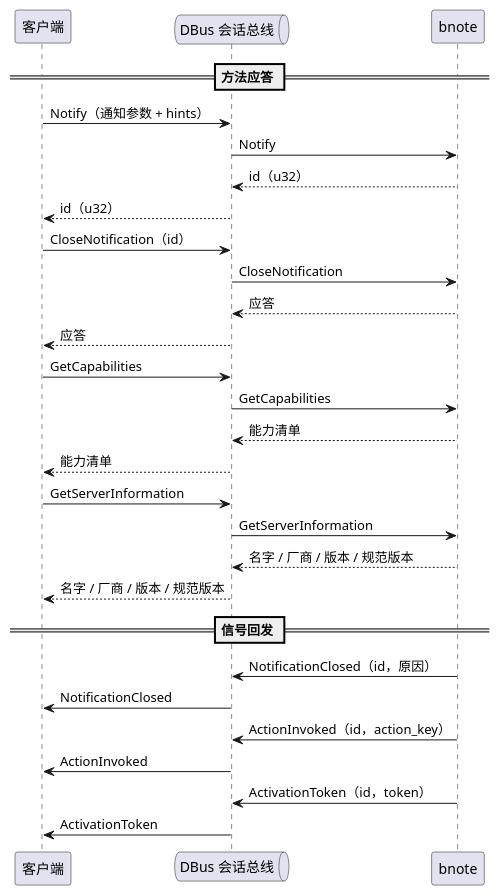
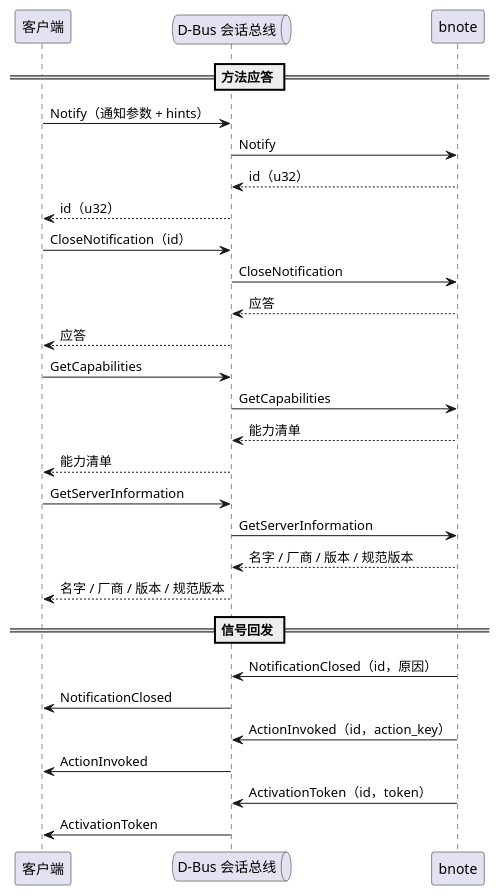
One commit to 54m43lJ/BreadKnife changed the diagram in bnote/diagram/bnote-protocol.puml. Above: the diagram before and after it, drawn with PlantUML. The commit also changed 11 other files, not shown here.

```diff
--- a/bnote/diagram/bnote-protocol.puml
+++ b/bnote/diagram/bnote-protocol.puml
@@ -1,30 +1,30 @@
 @startuml bnote-protocol
 participant "客户端" as client
-queue "DBus 会话总线" as bus
+queue "D-Bus 会话总线" as bus
 participant "bnote" as lib
 
 == 方法应答 ==
 client -> bus : Notify（通知参数 + hints）
 bus -> lib : Notify
 lib --> bus : id（u32）
 bus --> client : id（u32）
 client -> bus : CloseNotification（id）
 bus -> lib : CloseNotification
 lib --> bus : 应答
 bus --> client : 应答
 client -> bus : GetCapabilities
 bus -> lib : GetCapabilities
 lib --> bus : 能力清单
 bus --> client : 能力清单
 client -> bus : GetServerInformation
 bus -> lib : GetServerInformation
 lib --> bus : 名字 / 厂商 / 版本 / 规范版本
 bus --> client : 名字 / 厂商 / 版本 / 规范版本
 == 信号回发 ==
 lib -> bus : NotificationClosed（id，原因）
 bus -> client : NotificationClosed
 lib -> bus : ActionInvoked（id，action_key）
 bus -> client : ActionInvoked
 lib -> bus : ActivationToken（id，token）
 bus -> client : ActivationToken
 @enduml
```
